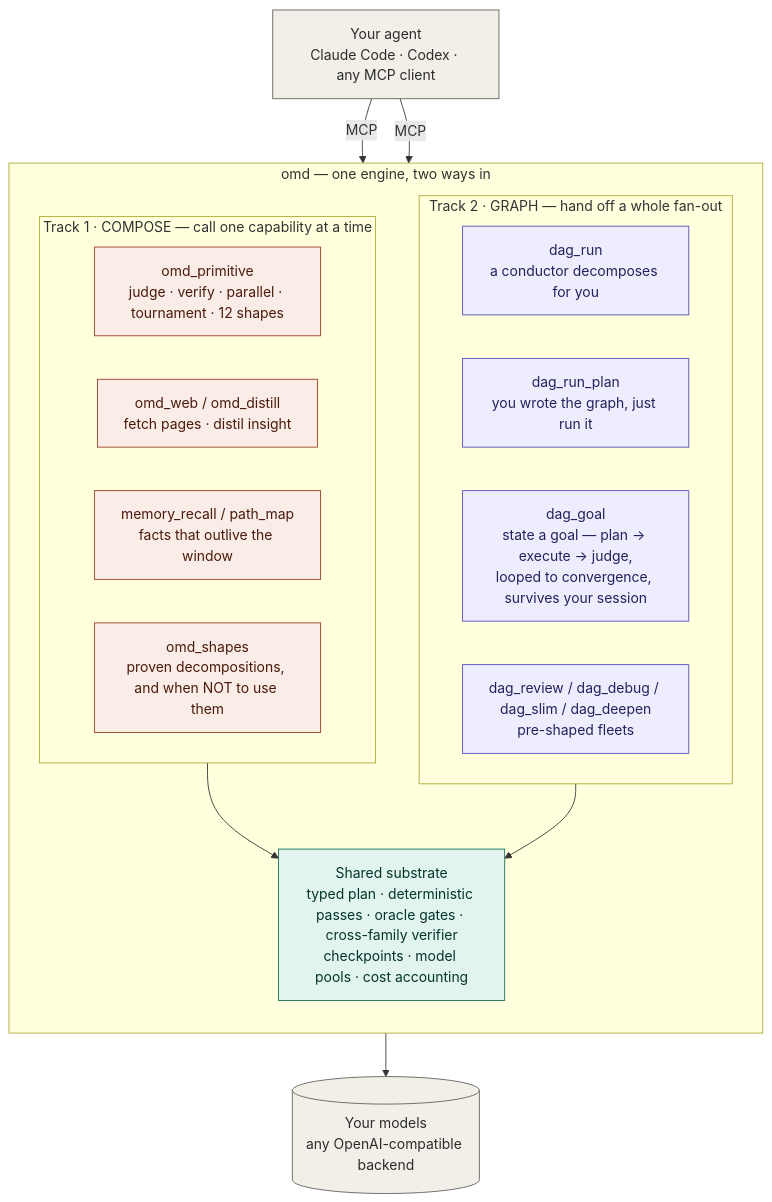
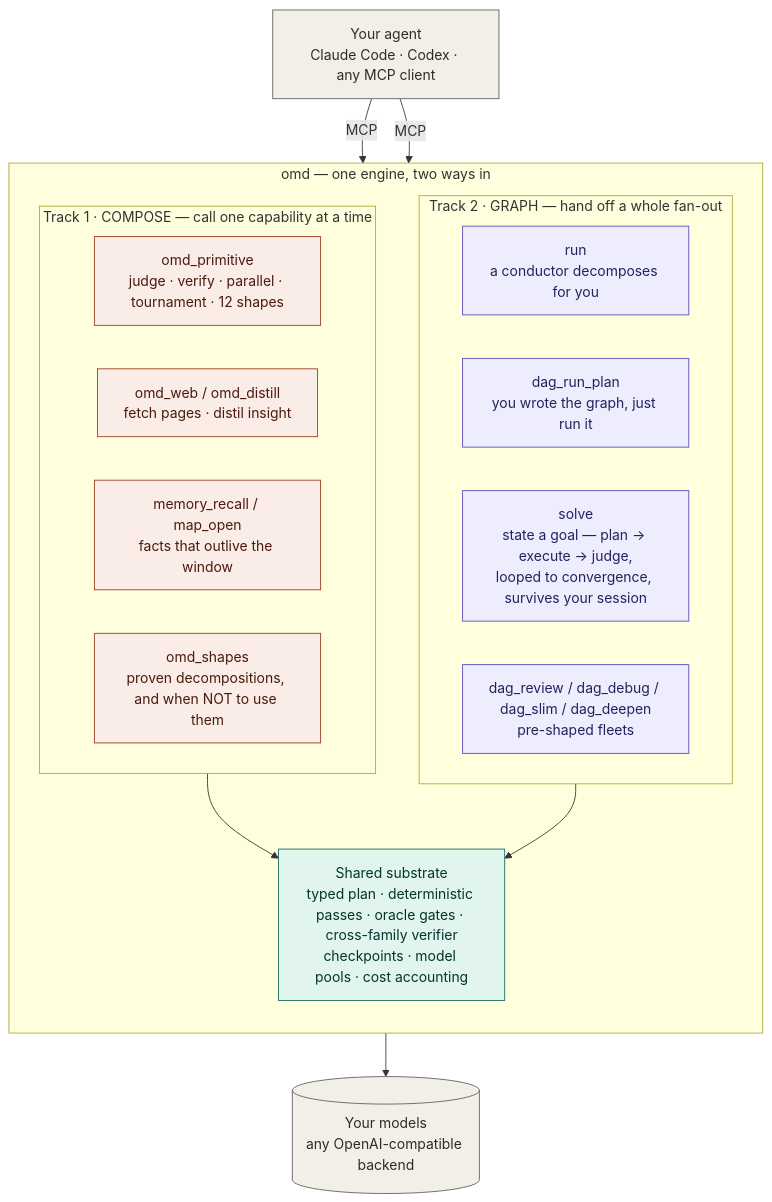
One commit to AbyssCN/oh-my-dag changed the first of 5 diagrams in README.md. Above: the diagram before and after it, drawn with Mermaid. The commit also changed other lines of this file and 14 other files, not shown here.

Commit message:
docs: t7 切片三 — 活面文档与 client-skills 全扫新名 map/solve/run (README×2 mermaid+散文 · mcp-tools 组合行 · 12 个 SKILL.md); dag_run_plan 词保护; 历史文档不改 (是记录)

````diff
--- a/README.md
+++ b/README.md
@@ -27,40 +27,40 @@
 ```mermaid
 flowchart TB
   AGENT["Your agent<br/>Claude Code · Codex · any MCP client"]
 
   subgraph OMD["omd — one engine, two ways in"]
     direction TB
 
     subgraph T1["Track 1 · COMPOSE — call one capability at a time"]
       C1["omd_primitive<br/>judge · verify · parallel · tournament · 12 shapes"]
       C2["omd_web / omd_distill<br/>fetch pages · distil insight"]
-      C3["memory_recall / path_map<br/>facts that outlive the window"]
+      C3["memory_recall / map_open<br/>facts that outlive the window"]
       C4["omd_shapes<br/>proven decompositions, and when NOT to use them"]
     end
 
     subgraph T2["Track 2 · GRAPH — hand off a whole fan-out"]
-      G1["dag_run<br/>a conductor decomposes for you"]
+      G1["run<br/>a conductor decomposes for you"]
       G2["dag_run_plan<br/>you wrote the graph, just run it"]
-      G3["dag_goal<br/>state a goal — plan → execute → judge,<br/>looped to convergence, survives your session"]
+      G3["solve<br/>state a goal — plan → execute → judge,<br/>looped to convergence, survives your session"]
       G4["dag_review / dag_debug / dag_slim / dag_deepen<br/>pre-shaped fleets"]
     end
 
     BASE["Shared substrate<br/>typed plan · deterministic passes · oracle gates · cross-family verifier<br/>checkpoints · model pools · cost accounting"]
     T1 --> BASE
     T2 --> BASE
   end
 
   MODELS[("Your models<br/>any OpenAI-compatible backend")]
   AGENT -->|MCP| T1
   AGENT -->|MCP| T2
   BASE --> MODELS
 
   classDef compose fill:#FAECE7,stroke:#993C1D,color:#4A1B0C
   classDef dagmode fill:#EEEDFE,stroke:#534AB7,color:#26215C
   classDef base fill:#E1F5EE,stroke:#0F6E56,color:#04342C
   classDef ext fill:#F1EFE8,stroke:#5F5E5A,color:#2C2C2A
   class C1,C2,C3,C4 compose
   class G1,G2,G3,G4 dagmode
   class BASE base
   class AGENT,MODELS ext
 ```
````
